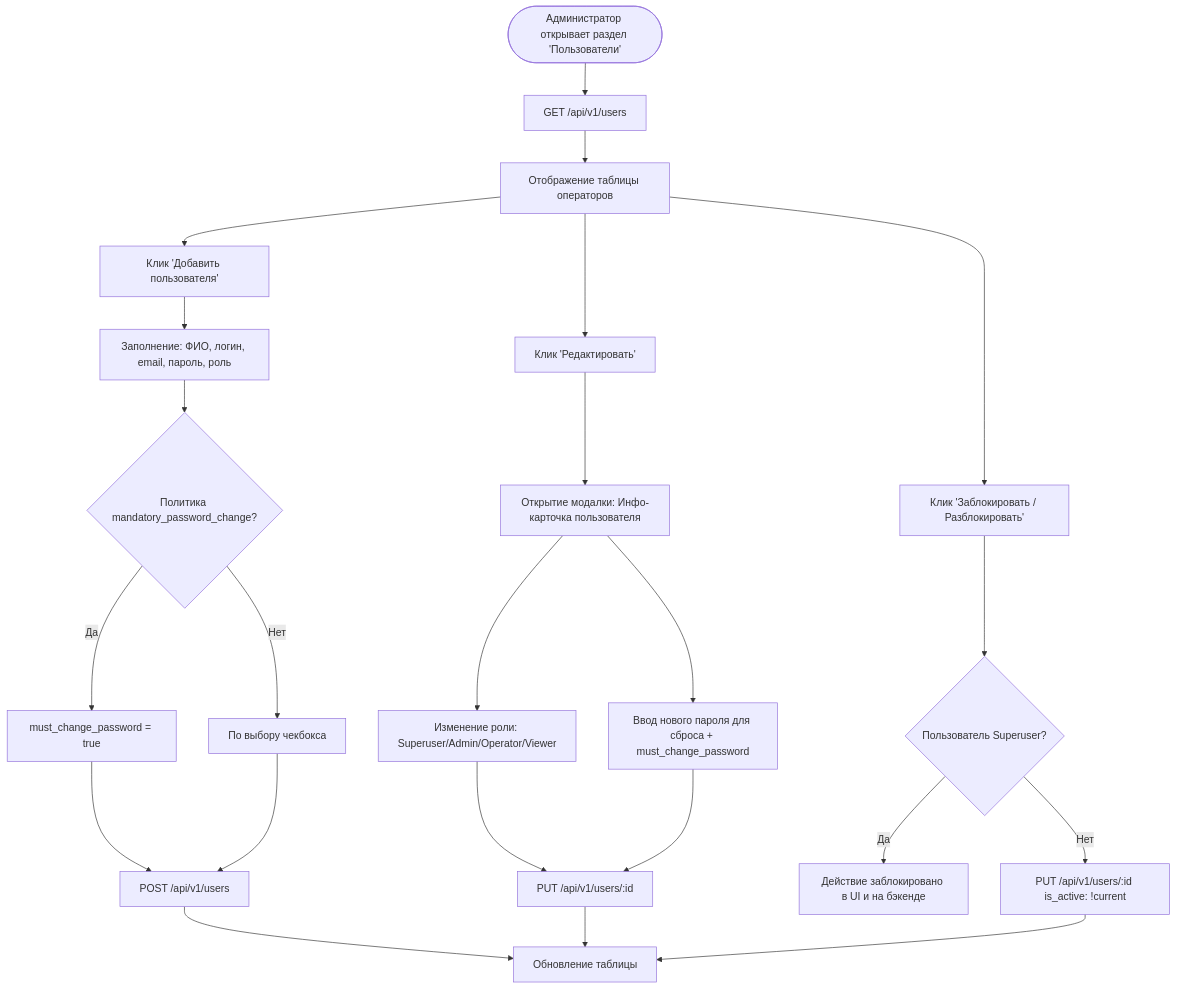
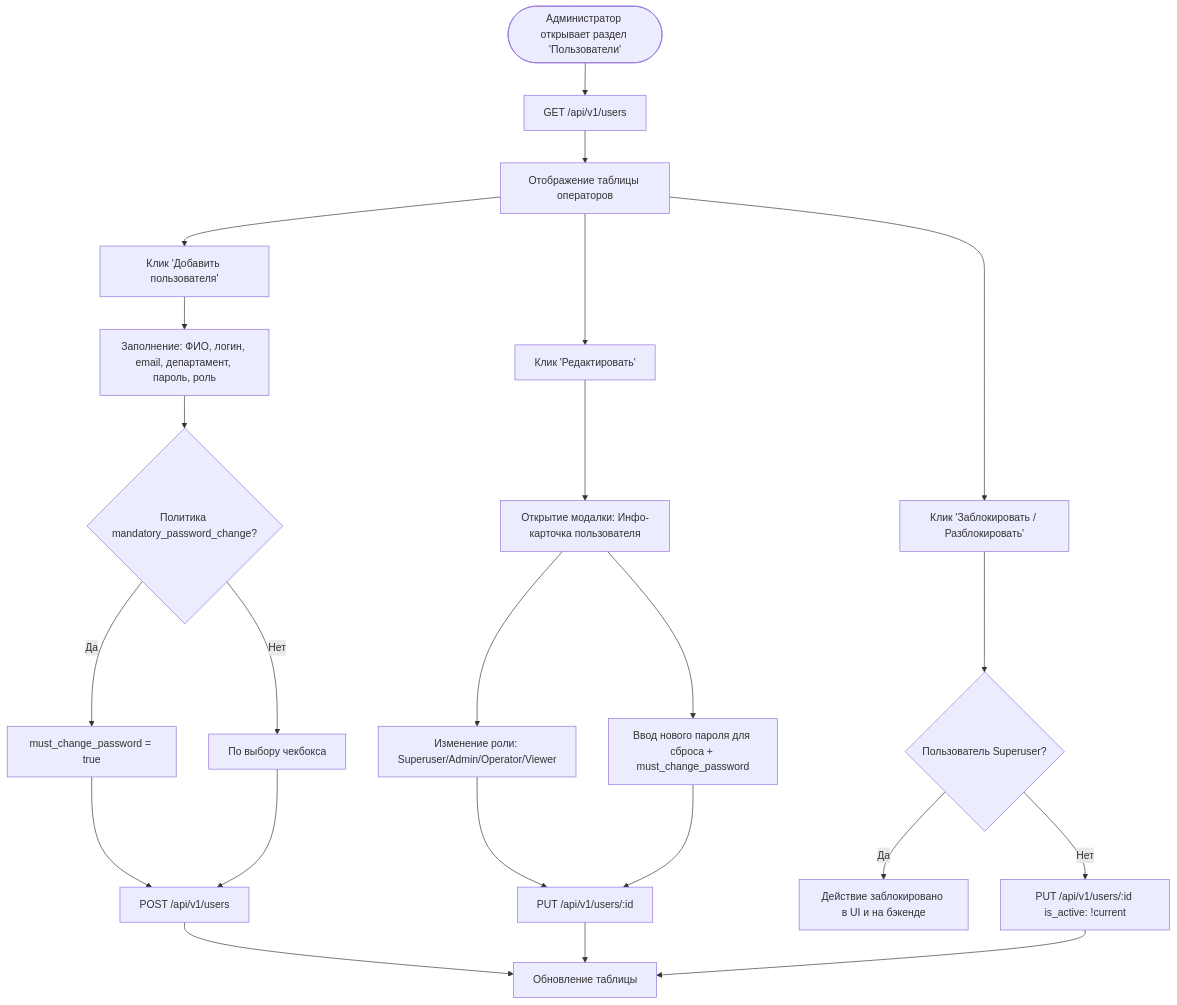
The third of 4 diagrams in docs/architecture/FrontendArchitecture.md (Apofixc/AetherCore), drawn with Mermaid before and after one commit. The commit also changed other lines of this file and 12 other files, not shown here.

````diff
--- a/docs/architecture/FrontendArchitecture.md
+++ b/docs/architecture/FrontendArchitecture.md
@@ -78,31 +78,31 @@
 ```mermaid
 graph TD
     OpenUsers([Администратор открывает раздел 'Пользователи']) --> LoadList[GET /api/v1/users]
     LoadList --> DisplayTable[Отображение таблицы операторов]
 
     %% Добавление
     DisplayTable --> ActionAdd[Клик 'Добавить пользователя']
-    ActionAdd --> FillNew[Заполнение: ФИО, логин, email, пароль, роль]
+    ActionAdd --> FillNew[Заполнение: ФИО, логин, email, департамент, пароль, роль]
     FillNew --> PolicyCheck{Политика mandatory_password_change?}
     PolicyCheck -- Да --> FlagTrue[must_change_password = true]
     PolicyCheck -- Нет --> FlagManual[По выбору чекбокса]
     FlagTrue --> SendCreate[POST /api/v1/users]
     FlagManual --> SendCreate
     SendCreate --> RefreshList[Обновление таблицы]
 
     %% Редактирование (Только роль и сброс пароля)
     DisplayTable --> ActionEdit[Клик 'Редактировать']
     ActionEdit --> ShowEditModal[Открытие модалки: Инфо-карточка пользователя]
     ShowEditModal --> EditRole[Изменение роли: Superuser/Admin/Operator/Viewer]
     ShowEditModal --> ResetPwd[Ввод нового пароля для сброса + must_change_password]
     EditRole --> SendUpdate[PUT /api/v1/users/:id]
     ResetPwd --> SendUpdate
     SendUpdate --> RefreshList
 
     %% Блокировка
     DisplayTable --> ActionLock[Клик 'Заблокировать / Разблокировать']
     ActionLock --> CheckSuper{Пользователь Superuser?}
     CheckSuper -- Да --> DenyLock[Действие заблокировано в UI и на бэкенде]
     CheckSuper -- Нет --> SendLock[PUT /api/v1/users/:id is_active: !current]
     SendLock --> RefreshList
 ```
````
